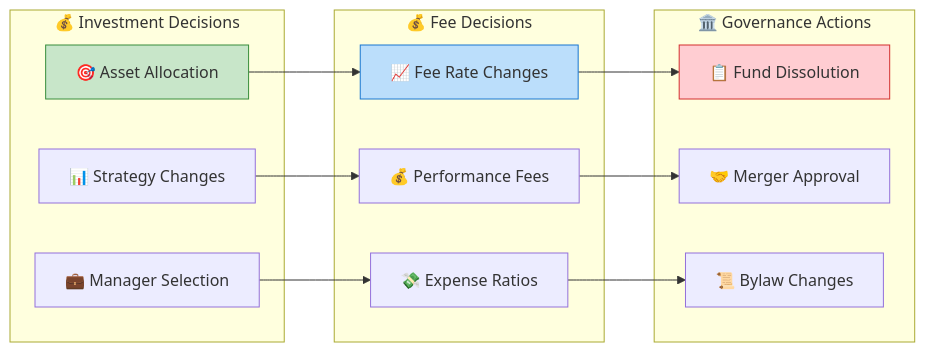
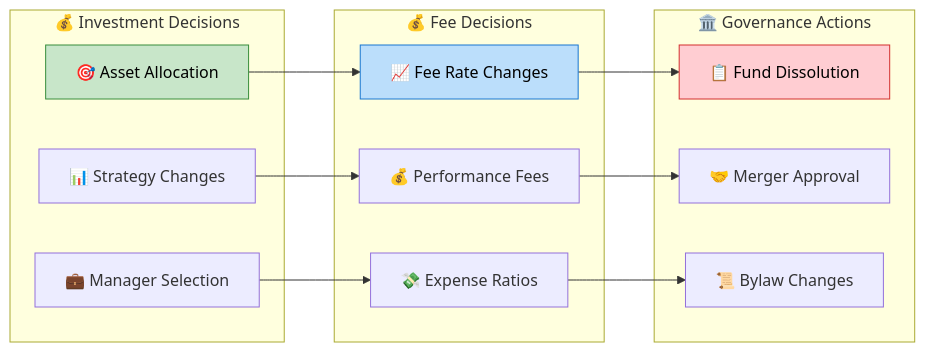
One commit to settlemint/asset-tokenization-kit changed the sixth of 7 diagrams in designdocs/05-fund-asset-workflow.md. Above: the diagram before and after it, drawn with Mermaid. The commit also changed other lines of this file and 18 other files, not shown here.

````diff
--- a/designdocs/05-fund-asset-workflow.md
+++ b/designdocs/05-fund-asset-workflow.md
@@ -288,31 +288,31 @@
 ```mermaid
 flowchart LR
     subgraph "💰 Investment Decisions"
         A[🎯 Asset Allocation]
         B[📊 Strategy Changes]
         C[💼 Manager Selection]
     end
     
     subgraph "💰 Fee Decisions"
         D[📈 Fee Rate Changes]
         E[💰 Performance Fees]
         F[💸 Expense Ratios]
     end
     
     subgraph "🏛️ Governance Actions"
         G[📋 Fund Dissolution]
         H[🤝 Merger Approval]
         I[📜 Bylaw Changes]
     end
     
     A --> D
     B --> E
     C --> F
     D --> G
     E --> H
     F --> I
     
-    style A fill:#c8e6c9,stroke:#388e3c
-    style D fill:#bbdefb,stroke:#1976d2
-    style G fill:#ffcdd2,stroke:#d32f2f
+    style A fill:#c8e6c9,stroke:#388e3c,color:#000000
+    style D fill:#bbdefb,stroke:#1976d2,color:#000000
+    style G fill:#ffcdd2,stroke:#d32f2f,color:#000000
 ```
````
